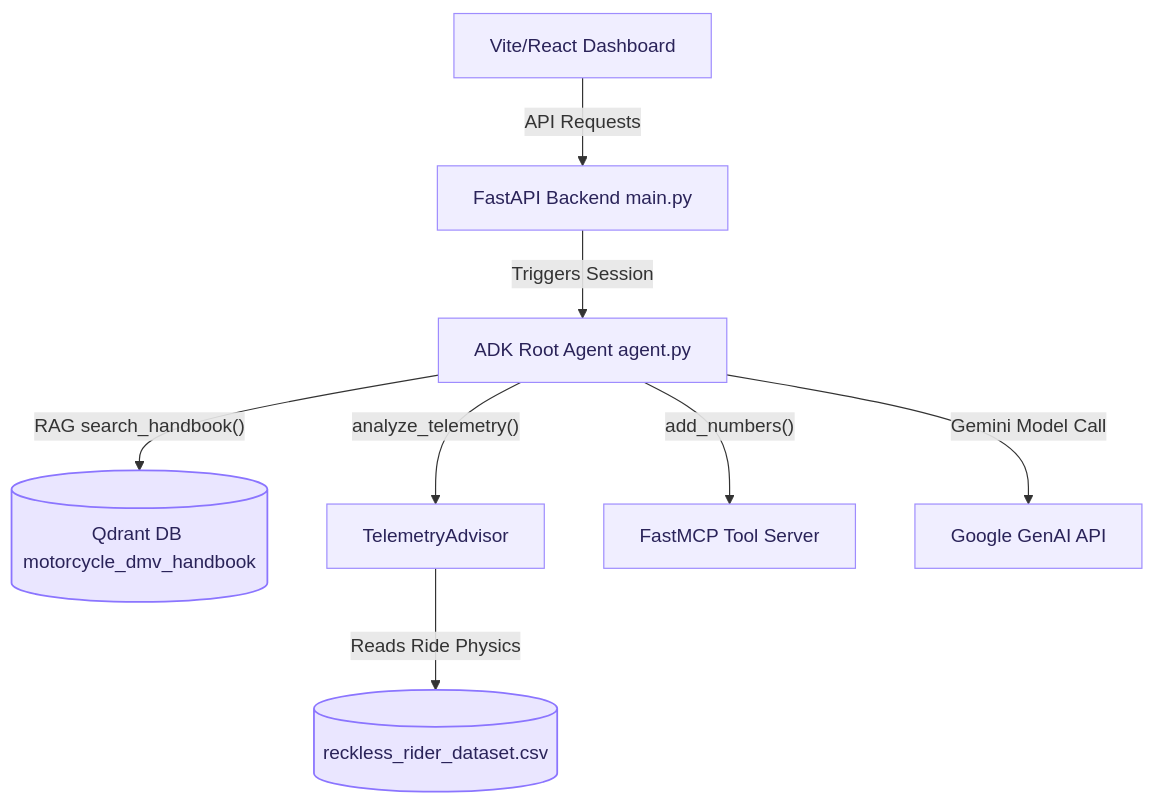
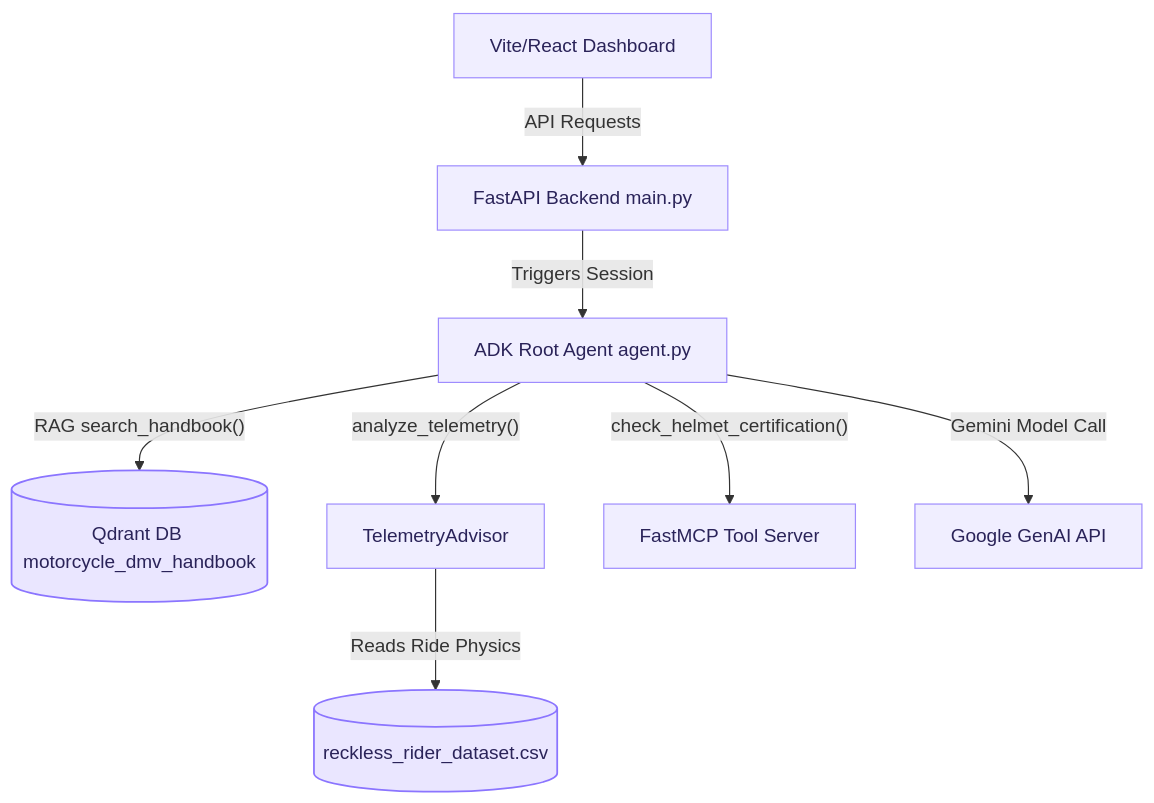
Before and after one commit to SangeethaKumari/MotorCycleCoach: the first of 8 diagrams in ARCHITECTURE.md, drawn with Mermaid. The commit also changed other lines of this file and 4 other files, not shown here.

````diff
--- a/ARCHITECTURE.md
+++ b/ARCHITECTURE.md
@@ -9,25 +9,25 @@
 ```mermaid
 graph TD
     classDef default fill:#F0EEFF,stroke:#9E8CFE,stroke-width:1px,color:#2A2359;
     classDef storage fill:#EAE6FF,stroke:#8B75FF,stroke-width:1.5px,color:#2A2359;
 
     React[Vite/React Dashboard]:::default
     FastAPI[FastAPI Backend main.py]:::default
     Agent[ADK Root Agent agent.py]:::default
     
     Qdrant[(Qdrant DB motorcycle_dmv_handbook)]:::storage
     Telemetry[TelemetryAdvisor]:::default
     Dataset[(reckless_rider_dataset.csv)]:::storage
     MCPServer[FastMCP Tool Server]:::default
     Gemini[Google GenAI API]:::default
 
     React -- "API Requests" --> FastAPI
     FastAPI -- "Triggers Session" --> Agent
 
     Agent -- "RAG search_handbook()" --> Qdrant
     Agent -- "analyze_telemetry()" --> Telemetry
-    Agent -- "add_numbers()" --> MCPServer
+    Agent -- "check_helmet_certification()" --> MCPServer
     Agent -- "Gemini Model Call" --> Gemini
 
     Telemetry -- "Reads Ride Physics" --> Dataset
 ```
````
